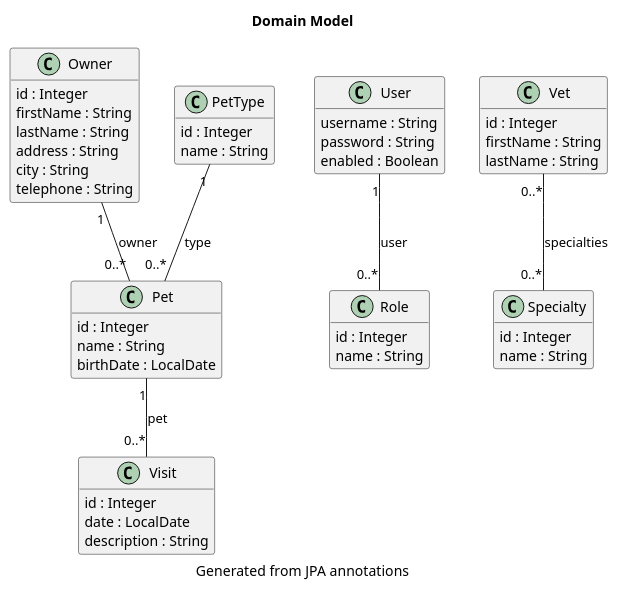
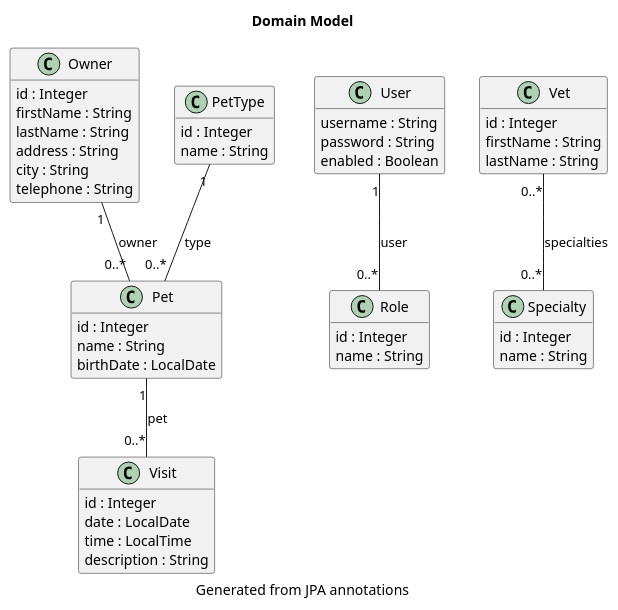
The diagram in petclinic-backend/docs/generated/DomainModel.puml (victorrentea/petclinic), drawn with PlantUML before and after one commit. The commit also changed 16 other files, not shown here.

First line of the commit message:
feat(mcp): JWT Bearer auth, single PetClinicMcp component, visits gain exact local time

```diff
--- a/petclinic-backend/docs/generated/DomainModel.puml
+++ b/petclinic-backend/docs/generated/DomainModel.puml
@@ -1,56 +1,57 @@
 @startuml
 
 title Domain Model
 caption Generated from JPA annotations
 
 hide empty members
 skinparam classAttributeIconSize 0
 
 class Owner {
   id : Integer
   firstName : String
   lastName : String
   address : String
   city : String
   telephone : String
 }
 class Pet {
   id : Integer
   name : String
   birthDate : LocalDate
 }
 class PetType {
   id : Integer
   name : String
 }
 class Role {
   id : Integer
   name : String
 }
 class Specialty {
   id : Integer
   name : String
 }
 class User {
   username : String
   password : String
   enabled : Boolean
 }
 class Vet {
   id : Integer
   firstName : String
   lastName : String
 }
 class Visit {
   id : Integer
   date : LocalDate
+  time : LocalTime
   description : String
 }
 
 PetType "1" -- "0..*" Pet : type
 Owner "1" -- "0..*" Pet : owner
 User "1" -- "0..*" Role : user
 Vet "0..*" -- "0..*" Specialty : specialties
 Pet "1" -- "0..*" Visit : pet
 
 @enduml
```
